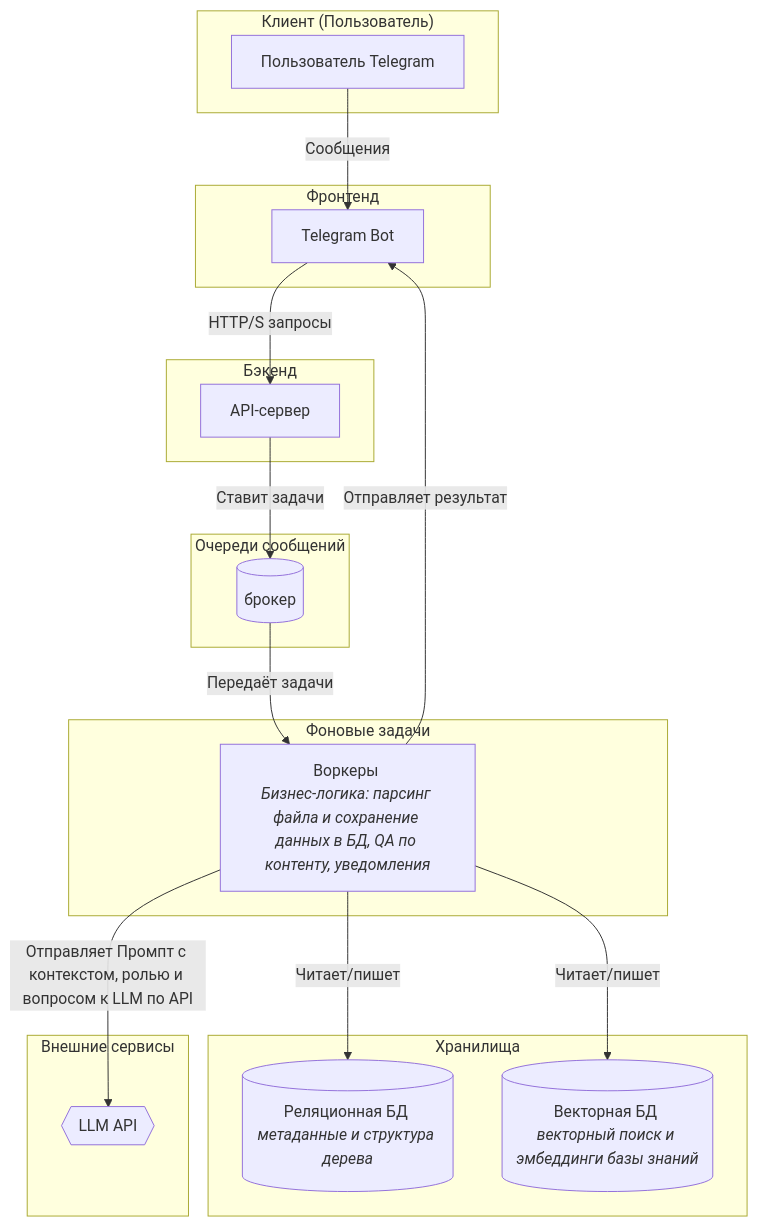
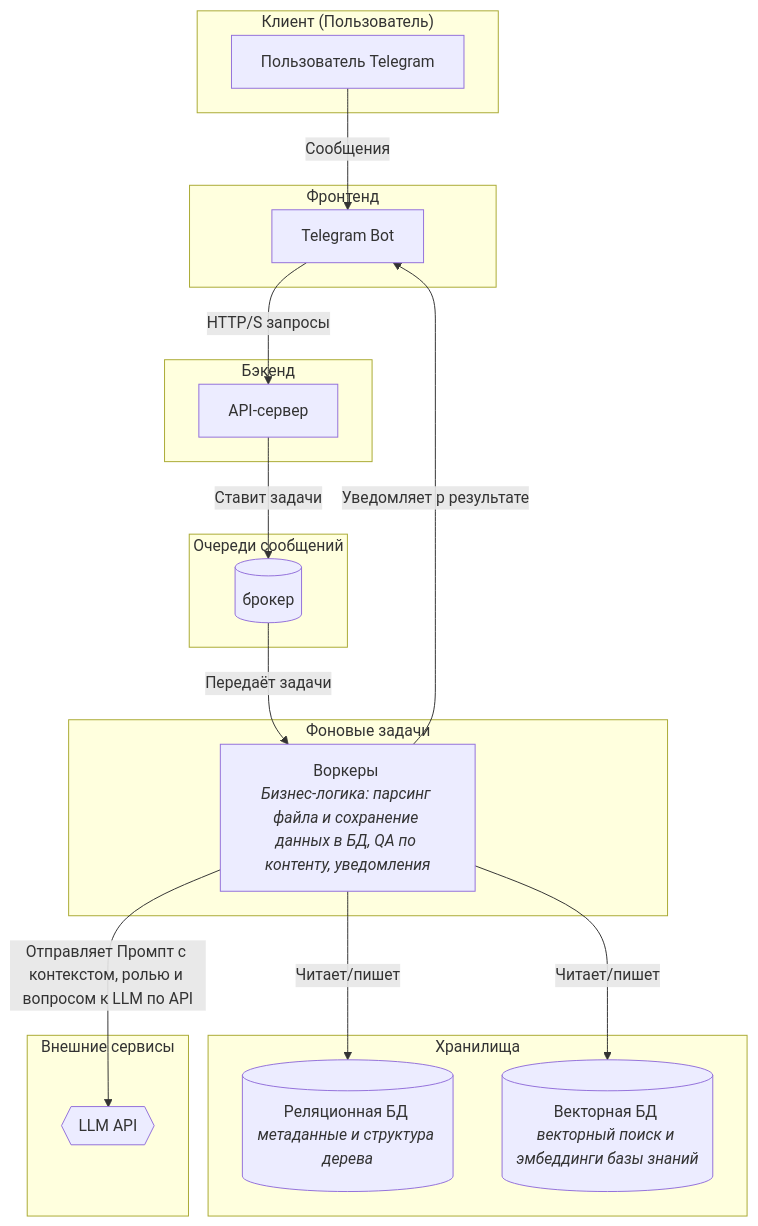
The diagram in Анастасия_Друзьянова/architect.MD (patolog123/Analyst-3.0), drawn with Mermaid before and after one commit.

````diff
--- a/Анастасия_Друзьянова/architect.MD
+++ b/Анастасия_Друзьянова/architect.MD
@@ -1,41 +1,41 @@
 ```mermaid
 graph TD
     subgraph "Клиент (Пользователь)"
         A[Пользователь Telegram]
     end
 
     subgraph "Фронтенд"
         B[Telegram Bot]
     end
 
     subgraph "Бэкенд"
         C[API-сервер]
     end
 
     subgraph "Очереди сообщений"
         J[(брокер)]
     end
 
     subgraph "Фоновые задачи"
         F[Воркеры <br><i>Бизнес-логика: парсинг файла и сохранение данных в БД, QA по контенту, уведомления</i>]
     end
 
     subgraph "Хранилища"
         G[(Реляционная БД <br><i>метаданные и структура дерева</i>)]
         I[(Векторная БД <br><i>векторный поиск и эмбеддинги базы знаний</i>)]
     end
 
     subgraph "Внешние сервисы"
         H{{LLM API}}
     end
 
     %% Связи между компонентами
     A -- Сообщения --> B
     B -- HTTP/S запросы --> C
     C -- Ставит задачи --> J
     J -- Передаёт задачи --> F
     F -- Отправляет Промпт с контекстом, ролью и вопросом к LLM по API --> H
     F -- Читает/пишет --> G
     F -- Читает/пишет --> I
-    F -- Отправляет результат --> B
+    F -- Уведомляет р результате --> B
 ```
````
